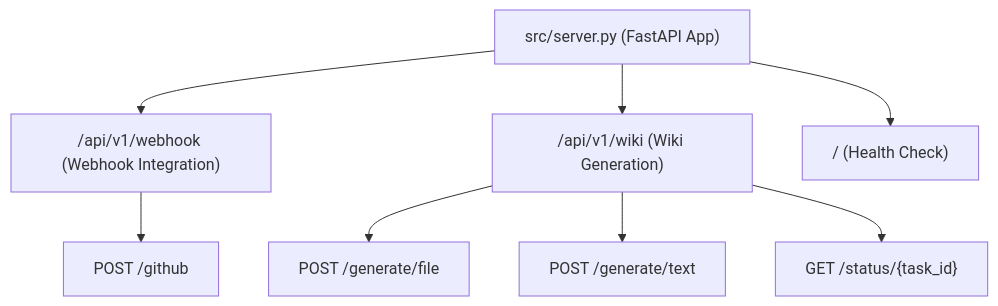
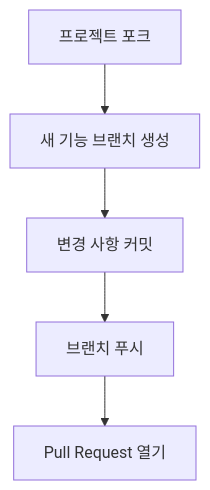
Before and after one commit to catuscio/wiki-as-readme: diagram 20 of 21 in examples/wiki_as_README.md, drawn with Mermaid. The commit also changed other lines of this file, not shown here.

Commit message:
docs: ✨Update examples/wiki_as_README.md via Wiki-As-Readme Action

````diff
--- a/examples/wiki_as_README.md
+++ b/examples/wiki_as_README.md
@@ -1940,11 +2242,7 @@
 ```mermaid
 graph TD
-    A["src/server.py (FastAPI App)"] --> B["/api/v1/webhook (Webhook Integration)"]
-    A --> C["/api/v1/wiki (Wiki Generation)"]
-    A --> D["/ (Health Check)"]
-
-    B --> E["POST /github"]
-    C --> F["POST /generate/file"]
-    C --> G["POST /generate/text"]
-    C --> H["GET /status/{task_id}"]
+    A["프로젝트 포크"] --> B["새 기능 브랜치 생성"];
+    B --> C["변경 사항 커밋"];
+    C --> D["브랜치 푸시"];
+    D --> E["Pull Request 열기"];
 ```
````
